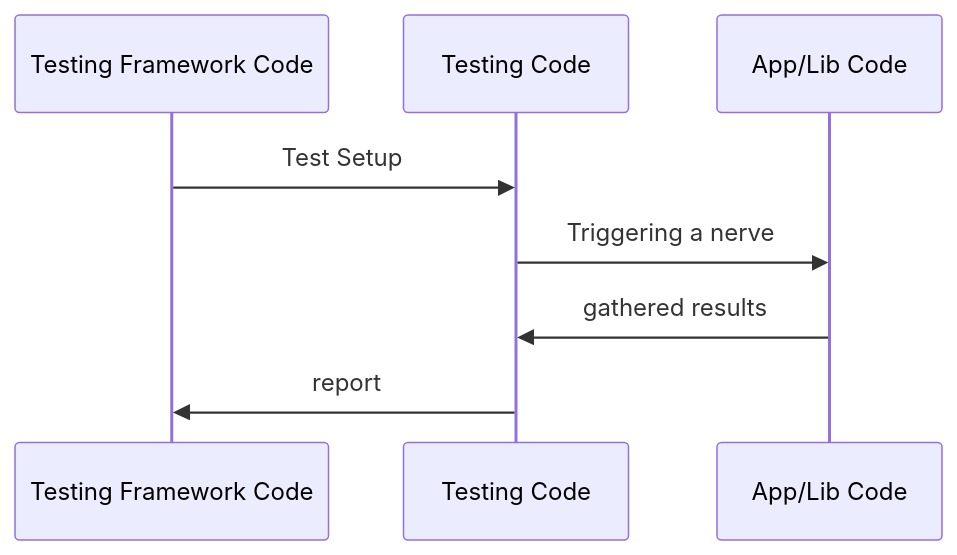
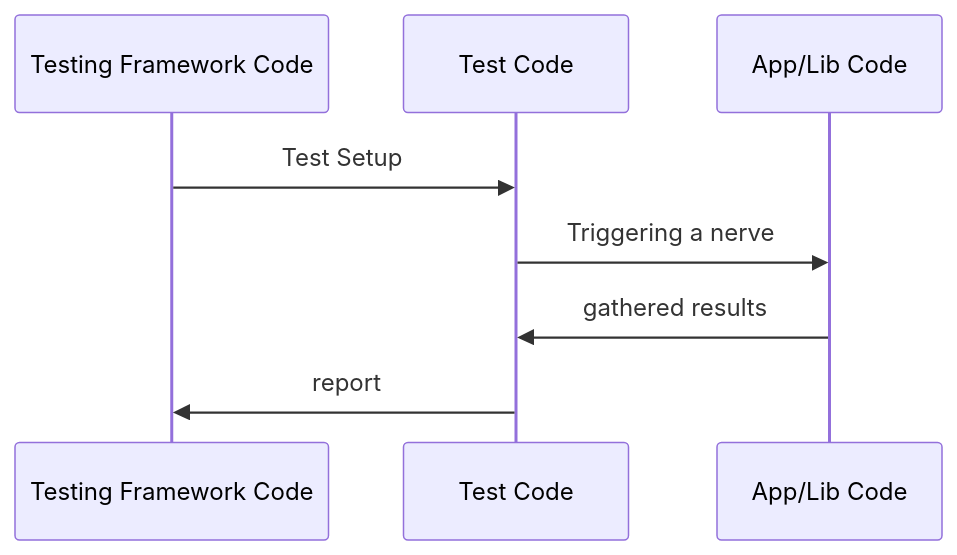
The first of 2 diagrams in slides/slides/2.1-testing/section-slides.md (jcanton/swe4py), drawn with Mermaid before and after one commit. The commit also changed other lines of this file, not shown here.

````diff
--- a/slides/slides/2.1-testing/section-slides.md
+++ b/slides/slides/2.1-testing/section-slides.md
@@ -180,8 +180,8 @@
 ```mermaid
 sequenceDiagram
-    Testing Framework Code->> Testing Code: Test Setup
-    Testing Code->>App/Lib Code: Triggering a nerve
+    Testing Framework Code->> Test Code: Test Setup
+    Test Code->>App/Lib Code: Triggering a nerve
 
-    App/Lib Code->>Testing Code: gathered results
-    Testing Code->> Testing Framework Code: report
+    App/Lib Code->>Test Code: gathered results
+    Test Code->> Testing Framework Code: report
 ```
````
